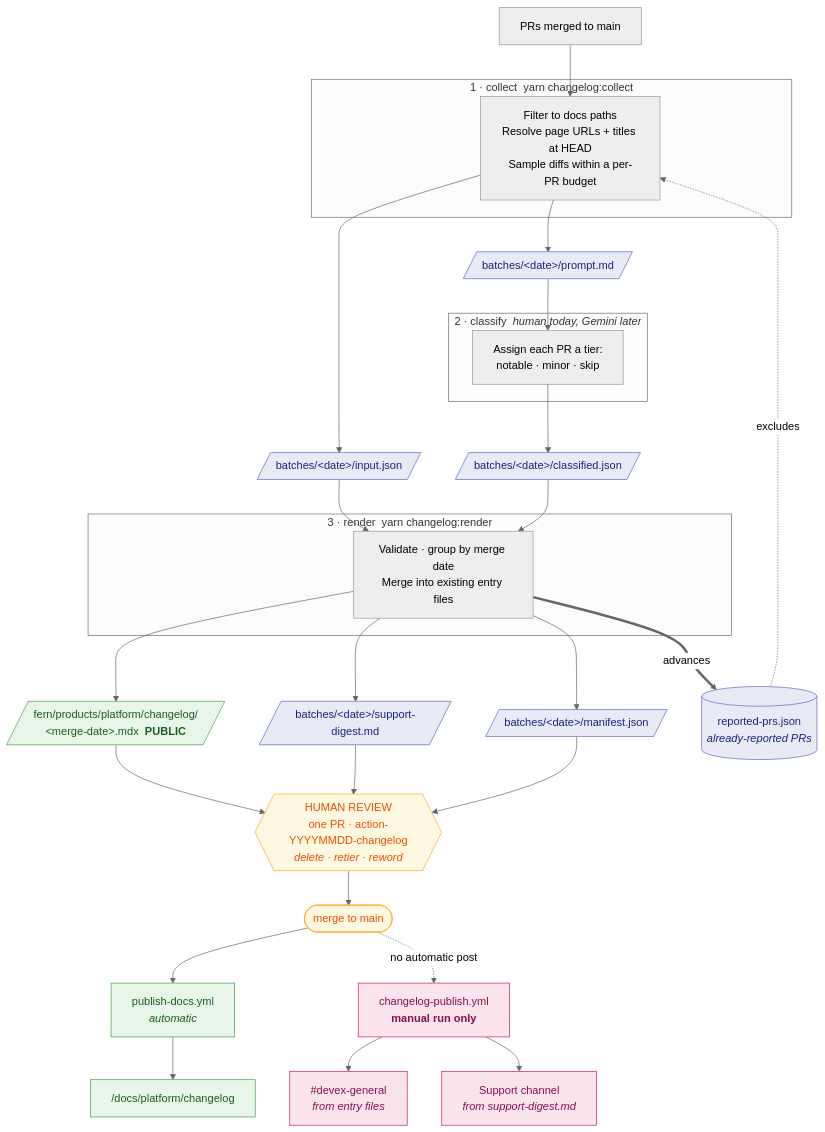
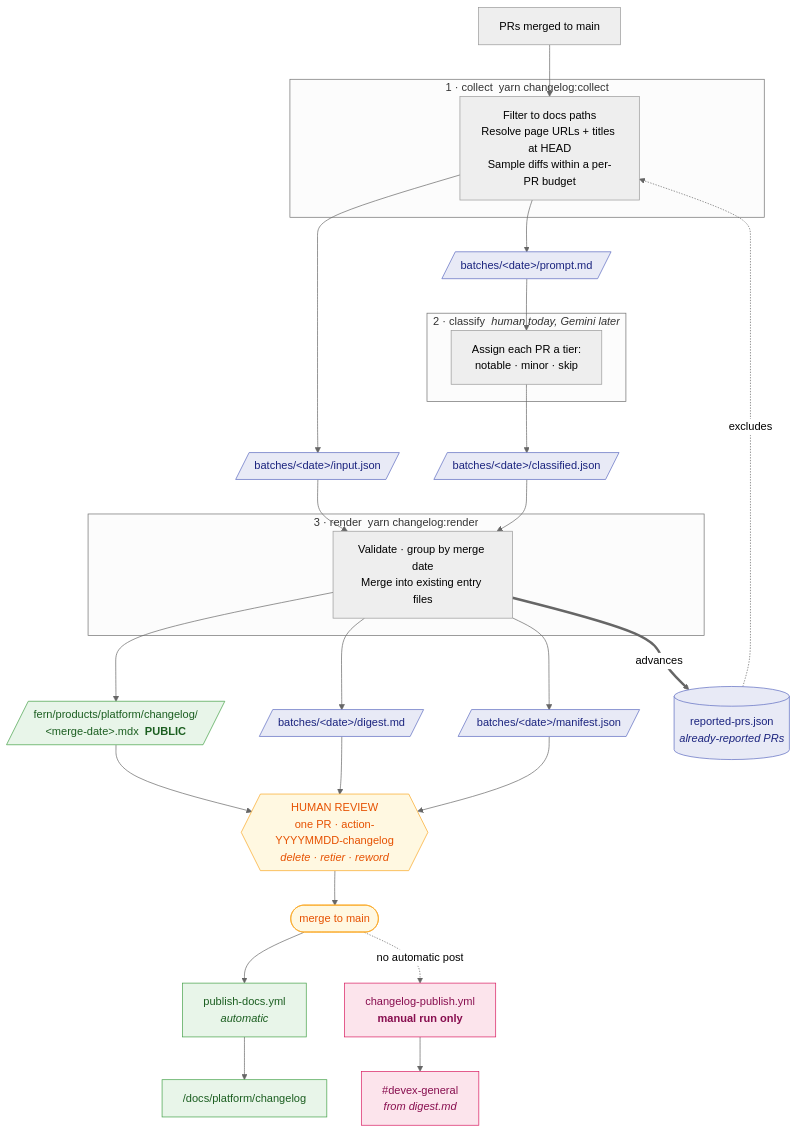
One commit to signalwire/docs changed the diagram in .github/changelog-state/README.md. Above: the diagram before and after it, drawn with Mermaid (neutral theme). The commit also changed other lines of this file and 9 other files, not shown here.

Commit message:
refactor(changelog): collapse the two Slack digests into one internal digest

````diff
--- a/.github/changelog-state/README.md
+++ b/.github/changelog-state/README.md
@@ -14,53 +14,52 @@
 ```mermaid
 flowchart TD
     PRs["PRs merged to main"] --> Collect
 
     subgraph S1["1 · collect &nbsp;yarn changelog:collect"]
         Collect["Filter to docs paths<br/>Resolve page URLs + titles at HEAD<br/>Sample diffs within a per-PR budget"]
     end
 
     Ledger[("reported-prs.json<br/><i>already-reported PRs</i>")] -.->|"excludes"| Collect
     Collect --> Input[/"batches/&lt;date&gt;/input.json"/]
     Collect --> Prompt[/"batches/&lt;date&gt;/prompt.md"/]
 
     subgraph S2["2 · classify &nbsp;<i>human today, Gemini later</i>"]
         Classify["Assign each PR a tier:<br/>notable · minor · skip"]
     end
 
     Prompt --> Classify
     Classify --> Classified[/"batches/&lt;date&gt;/classified.json"/]
 
     subgraph S3["3 · render &nbsp;yarn changelog:render"]
         Render["Validate · group by merge date<br/>Merge into existing entry files"]
     end
 
     Input --> Render
     Classified --> Render
 
     Render --> Entries[/"fern/products/platform/changelog/<br/>&lt;merge-date&gt;.mdx &nbsp;<b>PUBLIC</b>"/]
-    Render --> Support[/"batches/&lt;date&gt;/support-digest.md"/]
+    Render --> Digest[/"batches/&lt;date&gt;/digest.md"/]
     Render --> Manifest[/"batches/&lt;date&gt;/manifest.json"/]
     Render ==>|"advances"| Ledger
 
     Entries --> Review
-    Support --> Review
+    Digest --> Review
     Manifest --> Review
 
     Review{{"HUMAN REVIEW<br/>one PR · action-YYYYMMDD-changelog<br/><i>delete · retier · reword</i>"}} --> Merge(["merge to main"])
 
     Merge --> Deploy["publish-docs.yml<br/><i>automatic</i>"]
     Deploy --> Live["/docs/platform/changelog"]
 
     Merge -.->|"no automatic post"| Manual
-    Manual["changelog-publish.yml<br/><b>manual run only</b>"] --> Devex["#devex-general<br/><i>from entry files</i>"]
-    Manual --> Sup["Support channel<br/><i>from support-digest.md</i>"]
+    Manual["changelog-publish.yml<br/><b>manual run only</b>"] --> Slack["#devex-general<br/><i>from digest.md</i>"]
 
     classDef state fill:#e8eaf6,stroke:#5c6bc0,color:#1a237e
     classDef public fill:#e8f5e9,stroke:#43a047,color:#1b5e20
     classDef gate fill:#fff8e1,stroke:#f9a825,color:#e65100
     classDef manual fill:#fce4ec,stroke:#d81b60,color:#880e4f
-    class Input,Prompt,Classified,Support,Manifest,Ledger state
+    class Input,Prompt,Classified,Digest,Manifest,Ledger state
     class Entries,Live,Deploy public
     class Review,Merge gate
-    class Manual,Devex,Sup manual
+    class Manual,Slack manual
 ```
````
